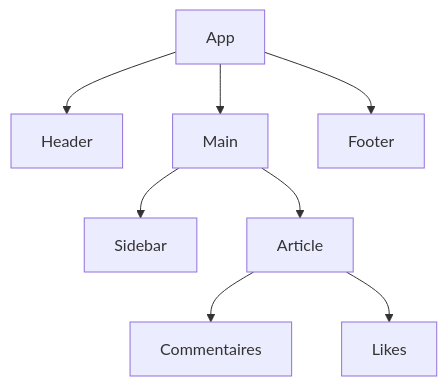
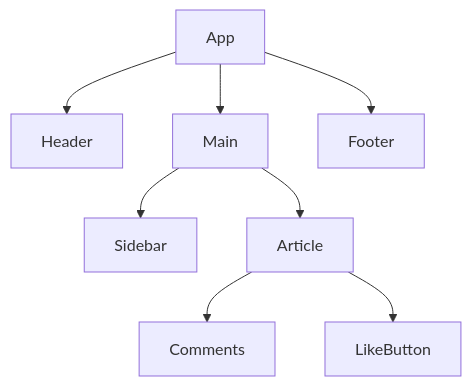
One commit to BabaScience/react-guides changed the fourth of 10 diagrams in arguments/chapters/fr/01-fundamentals.md. Above: the diagram before and after it, drawn with Mermaid. The commit also changed other lines of this file and 46 other files, not shown here.

````diff
--- a/arguments/chapters/fr/01-fundamentals.md
+++ b/arguments/chapters/fr/01-fundamentals.md
@@ -141,10 +341,10 @@
 ```mermaid
 graph TD
     App[App] --> Header[Header]
     App --> Main[Main]
     App --> Footer[Footer]
     Main --> Sidebar[Sidebar]
     Main --> Article[Article]
-    Article --> Comments[Commentaires]
-    Article --> Likes[Likes]
+    Article --> Comments[Comments]
+    Article --> LikeButton[LikeButton]
 ```
````
